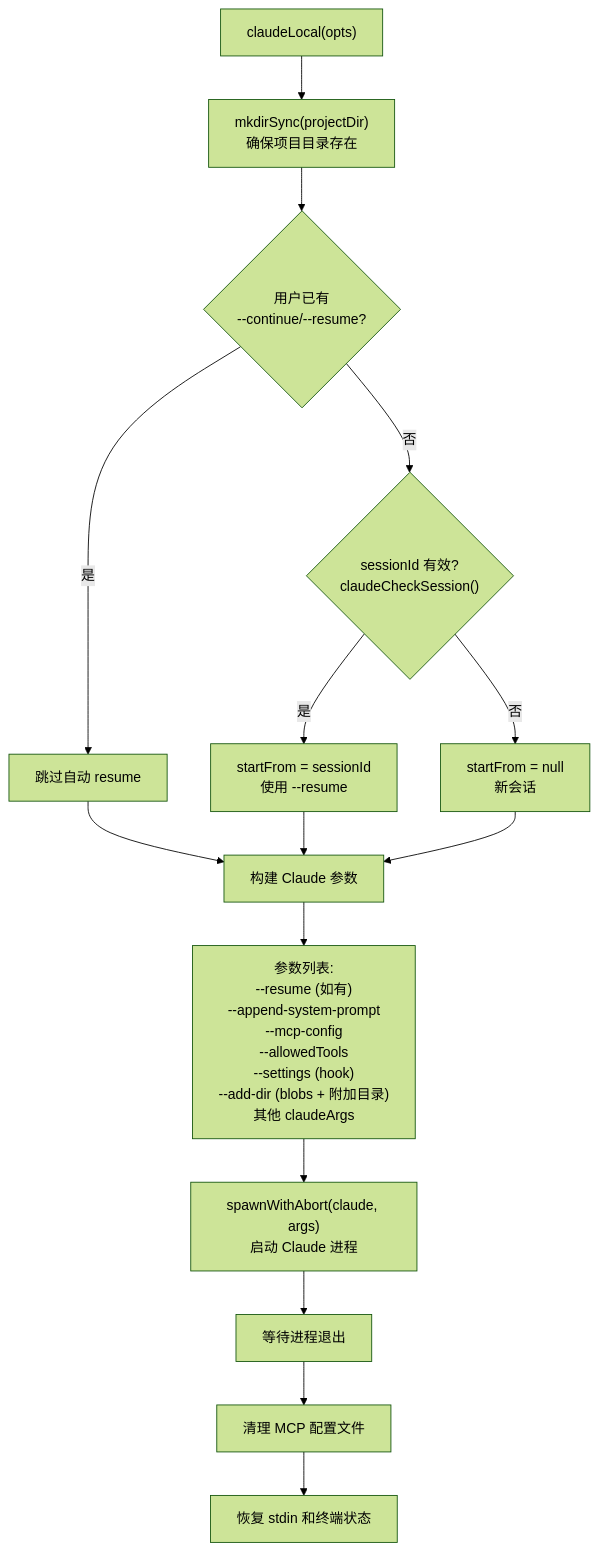
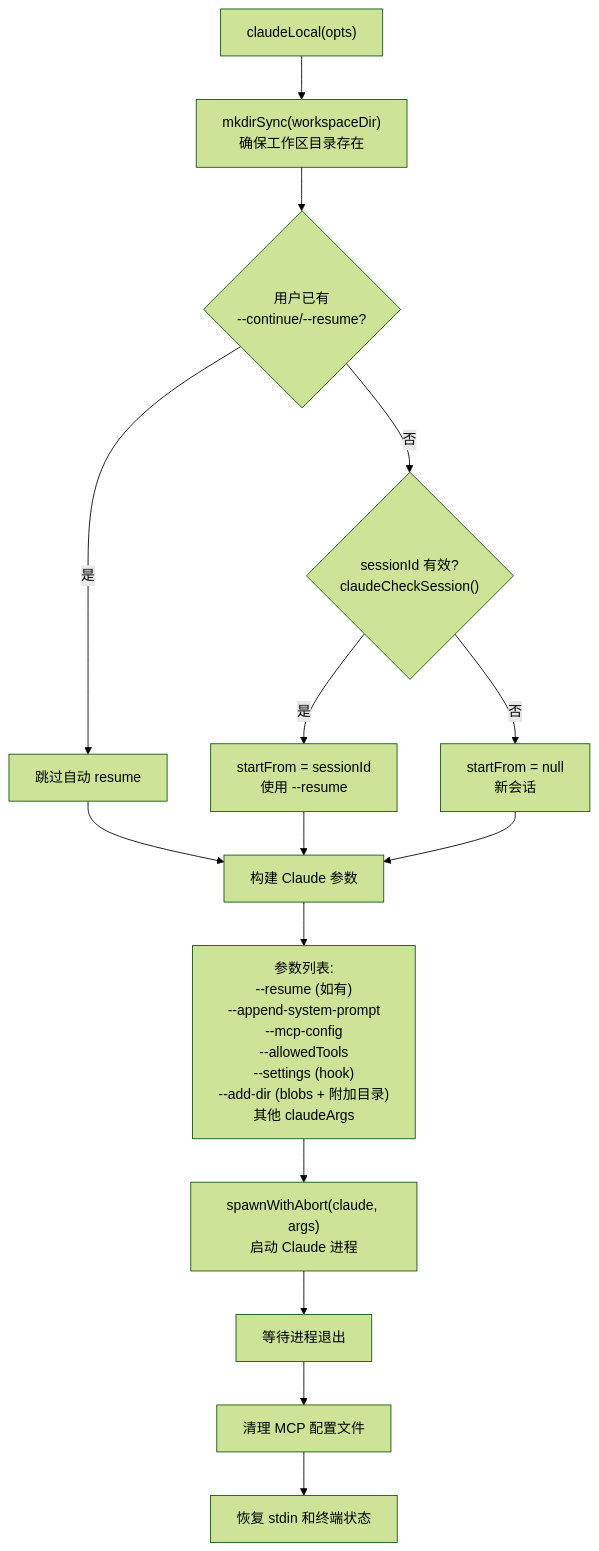
Before and after one commit to ModuBit/mobi: the fourth of 5 diagrams in docs/architecture/cli/commands/claude/local-mode.md, drawn with Mermaid (forest theme). The commit also changed other lines of this file and 188 other files, not shown here.

````diff
--- a/docs/architecture/cli/commands/claude/local-mode.md
+++ b/docs/architecture/cli/commands/claude/local-mode.md
@@ -97,20 +97,20 @@
 ```mermaid
 flowchart TB
-    Start["claudeLocal(opts)"] --> Dir["mkdirSync(projectDir)<br/>确保项目目录存在"]
+    Start["claudeLocal(opts)"] --> Dir["mkdirSync(workspaceDir)<br/>确保工作区目录存在"]
     Dir --> CheckFlags{"用户已有<br/>--continue/--resume?"}
     CheckFlags -->|是| SkipResume["跳过自动 resume"]
     CheckFlags -->|否| CheckSession{"sessionId 有效?<br/>claudeCheckSession()"}
     CheckSession -->|是| SetResume["startFrom = sessionId<br/>使用 --resume"]
     CheckSession -->|否| Fresh["startFrom = null<br/>新会话"]
 
     SkipResume --> BuildArgs
     SetResume --> BuildArgs["构建 Claude 参数"]
     Fresh --> BuildArgs
 
     BuildArgs --> Args["参数列表:<br/>--resume <id> (如有)<br/>--append-system-prompt<br/>--mcp-config<br/>--allowedTools<br/>--settings (hook)<br/>--add-dir (blobs + 附加目录)<br/>其他 claudeArgs"]
 
     Args --> Spawn["spawnWithAbort(claude, args)<br/>启动 Claude 进程"]
     Spawn --> Wait["等待进程退出"]
     Wait --> Cleanup["清理 MCP 配置文件"]
     Cleanup --> Resume["恢复 stdin 和终端状态"]
 ```
````
